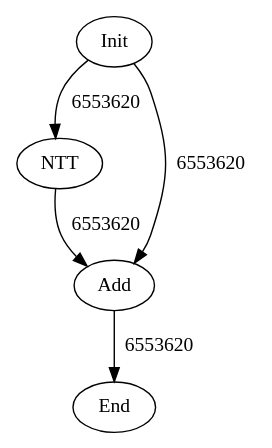
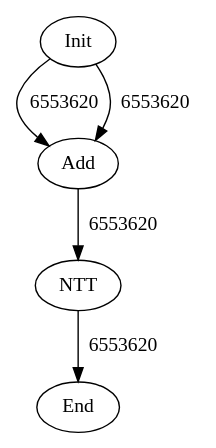
One commit to hal-lab-u-tokyo/PolyFHE changed the diagram in data/graph_poly.dot. Above: the diagram before and after it, drawn with Graphviz. The commit also changed 2 other files, not shown here.

```diff
--- a/data/graph_poly.dot
+++ b/data/graph_poly.dot
@@ -1,10 +1,10 @@
 digraph G {
 Init[label="Init"];
 NTT0[label="NTT"];
 Add0[label="Add"];
 End[label="End"];
-Init->NTT0[label="6553620"];
 Init->Add0[label="6553620"];
-NTT0->Add0[label="6553620"];
-Add0->End[label="6553620"];
+Init->Add0[label="6553620"];
+Add0->NTT0[label="6553620"];
+NTT0->End[label="6553620"];
 }
```
